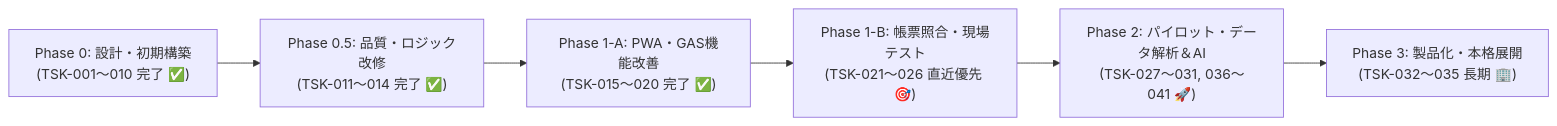
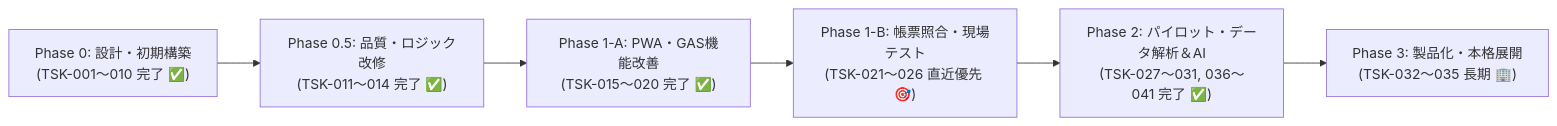
The diagram in docs/task_roadmap.md (SHOMASATOADV/einou), drawn with Mermaid before and after one commit. The commit also changed other lines of this file and 11 other files, not shown here.

````diff
--- a/docs/task_roadmap.md
+++ b/docs/task_roadmap.md
@@ -5,8 +5,8 @@
 ```mermaid
 flowchart LR
     P0["Phase 0: 設計・初期構築\n(TSK-001〜010 完了 ✅)"] --> P05["Phase 0.5: 品質・ロジック改修\n(TSK-011〜014 完了 ✅)"]
     P05 --> P1A["Phase 1-A: PWA・GAS機能改善\n(TSK-015〜020 完了 ✅)"]
     P1A --> P1B["Phase 1-B: 帳票照合・現場テスト\n(TSK-021〜026 直近優先 🎯)"]
-    P1B --> P2["Phase 2: パイロット・データ解析＆AI\n(TSK-027〜031, 036〜041 🚀)"]
+    P1B --> P2["Phase 2: パイロット・データ解析＆AI\n(TSK-027〜031, 036〜041 完了 ✅)"]
     P2 --> P3["Phase 3: 製品化・本格展開\n(TSK-032〜035 長期 🏢)"]
 ```
````
